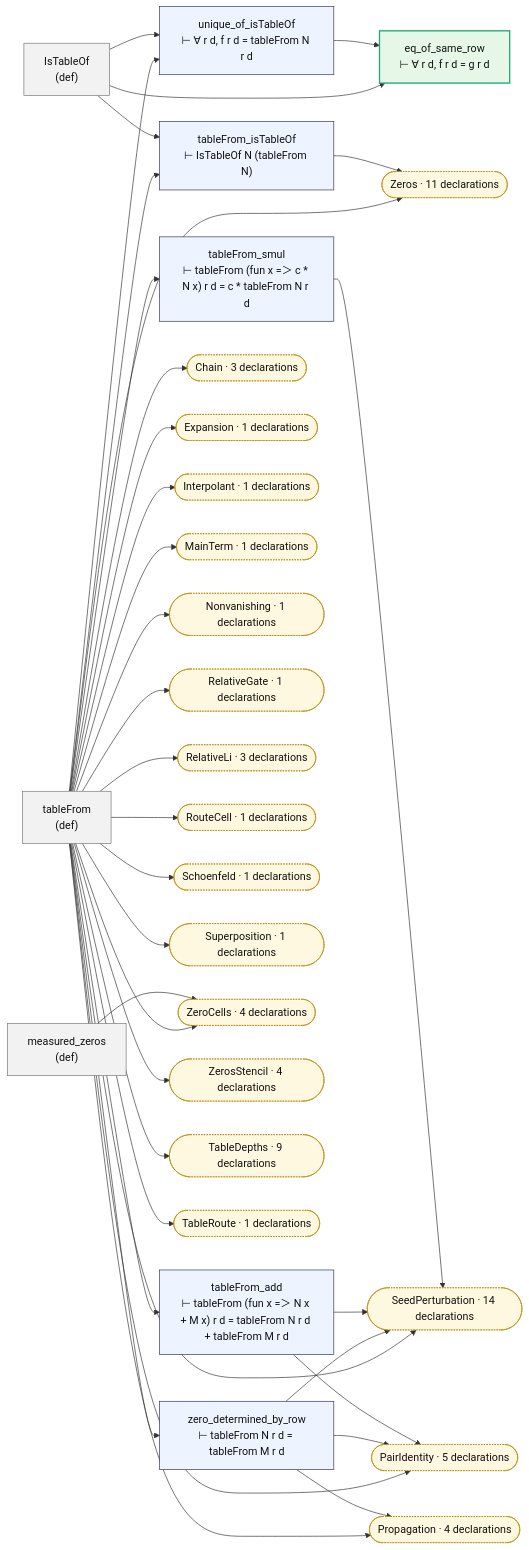
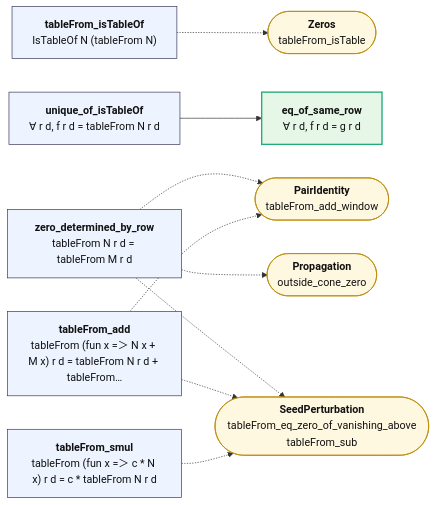
One commit to juliansambranojr/Primebeat_081426 changed the diagram in map/lean/Construction.md. Above: the diagram before and after it, drawn with Mermaid. The commit also changed other lines of this file and 387 other files, not shown here.

````diff
--- a/map/lean/Construction.md
+++ b/map/lean/Construction.md
@@ -8,71 +12,26 @@
 ```mermaid
 flowchart LR
-  n0["tableFrom<br/>(def)"]:::dfn
-  n1["IsTableOf<br/>(def)"]:::dfn
-  n2["tableFrom_isTableOf<br/>⊢ IsTableOf N (tableFrom N)"]:::thm
-  n3["unique_of_isTableOf<br/>⊢ ∀ r d, f r d = tableFrom N r d"]:::thm
-  n4["eq_of_same_row<br/>⊢ ∀ r d, f r d = g r d"]:::end_
-  n5["zero_determined_by_row<br/>⊢ tableFrom N r d = tableFrom M r d"]:::thm
-  n6["tableFrom_add<br/>⊢ tableFrom (fun x =＞ N x + M x) r d = tableFrom N r d + tableFrom M r d"]:::thm
-  n7["tableFrom_smul<br/>⊢ tableFrom (fun x =＞ c * N x) r d = c * tableFrom N r d"]:::thm
-  n8["measured_zeros<br/>(def)"]:::dfn
-  x0(["Chain · 3 declarations"]):::ext
-  x1(["Expansion · 1 declarations"]):::ext
-  x2(["Interpolant · 1 declarations"]):::ext
-  x3(["MainTerm · 1 declarations"]):::ext
-  x4(["Nonvanishing · 1 declarations"]):::ext
-  x5(["PairIdentity · 5 declarations"]):::ext
-  x6(["Propagation · 4 declarations"]):::ext
-  x7(["RelativeGate · 1 declarations"]):::ext
-  x8(["RelativeLi · 3 declarations"]):::ext
-  x9(["RouteCell · 1 declarations"]):::ext
-  x10(["Schoenfeld · 1 declarations"]):::ext
-  x11(["SeedPerturbation · 14 declarations"]):::ext
-  x12(["Superposition · 1 declarations"]):::ext
-  x13(["ZeroCells · 4 declarations"]):::ext
-  x14(["Zeros · 11 declarations"]):::ext
-  x15(["ZerosStencil · 4 declarations"]):::ext
-  x16(["TableDepths · 9 declarations"]):::ext
-  x17(["TableRoute · 1 declarations"]):::ext
-  n0 --> n2
-  n0 --> n3
-  n0 --> n5
-  n0 --> n6
-  n0 --> n7
-  n0 --> x0
-  n0 --> x1
-  n0 --> x10
-  n0 --> x11
-  n0 --> x12
-  n0 --> x13
-  n0 --> x14
-  n0 --> x15
-  n0 --> x16
-  n0 --> x17
-  n0 --> x2
-  n0 --> x3
-  n0 --> x4
-  n0 --> x5
-  n0 --> x6
-  n0 --> x7
-  n0 --> x8
-  n0 --> x9
+  n0["<b>tableFrom_isTableOf</b><br/>IsTableOf N (tableFrom N)"]:::thm
+  n1["<b>unique_of_isTableOf</b><br/>∀ r d, f r d = tableFrom N r d"]:::thm
+  n2["<b>eq_of_same_row</b><br/>∀ r d, f r d = g r d"]:::end_
+  n3["<b>zero_determined_by_row</b><br/>tableFrom N r d = tableFrom M r d"]:::thm
+  n4["<b>tableFrom_add</b><br/>tableFrom (fun x =＞ N x + M x) r d = tableFrom N r d + tableFrom…"]:::thm
+  n5["<b>tableFrom_smul</b><br/>tableFrom (fun x =＞ c * N x) r d = c * tableFrom N r d"]:::thm
+  x0(["<b>Zeros</b><br/>tableFrom_isTable"]):::ext
+  x1(["<b>PairIdentity</b><br/>tableFrom_add_window"]):::ext
+  x2(["<b>Propagation</b><br/>outside_cone_zero"]):::ext
+  x3(["<b>SeedPerturbation</b><br/>tableFrom_eq_zero_of_vanishing_above<br/>tableFrom_sub"]):::ext
   n1 --> n2
-  n1 --> n3
-  n1 --> n4
-  n2 --> x14
-  n3 --> n4
-  n5 --> x11
-  n5 --> x5
-  n5 --> x6
-  n6 --> x11
-  n6 --> x5
-  n7 --> x11
-  n8 --> x13
+  n0 -.-> x0
+  n3 -.-> x1
+  n3 -.-> x2
+  n3 -.-> x3
+  n4 -.-> x1
+  n4 -.-> x3
+  n5 -.-> x3
   classDef thm fill:#eef4ff,stroke:#335,color:#111
-  classDef dfn fill:#f2f2f2,stroke:#777,color:#111
   classDef end_ fill:#e7f7e7,stroke:#2a7,color:#111,stroke-width:2px
   classDef lone fill:#fff,stroke:#999,color:#111,stroke-dasharray:4 3
   classDef bad fill:#ffe5e5,stroke:#c22,color:#111,stroke-width:2px
-  classDef ext fill:#fff8e1,stroke:#b80,color:#111,stroke-dasharray:2 2
+  classDef ext fill:#fff8e1,stroke:#b80,color:#111
 ```
````
